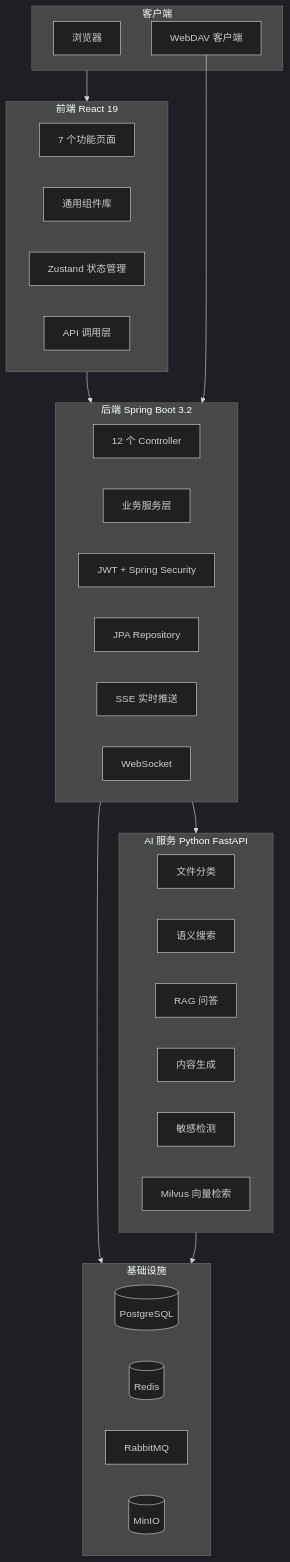
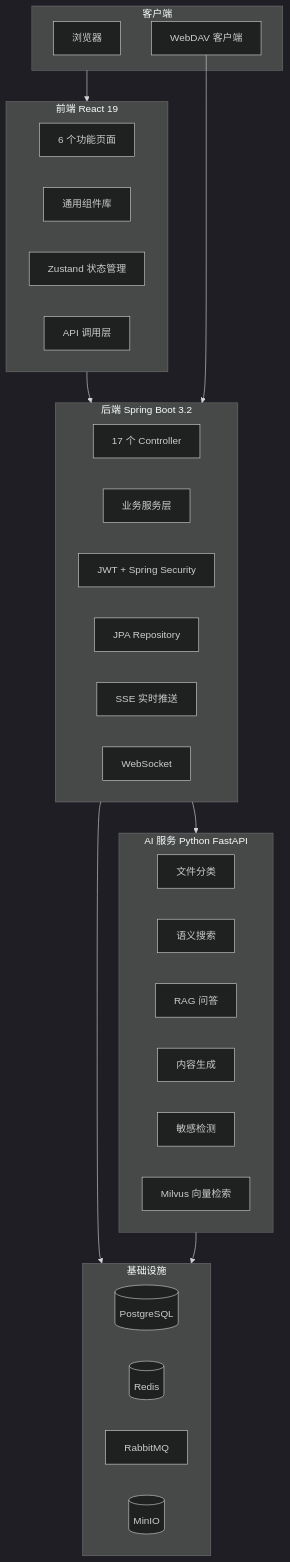
One commit to YL-snow/NebulaMind changed the diagram in README.md. Above: the diagram before and after it, drawn with Mermaid (dark theme). The commit also changed other lines of this file and 15 other files, not shown here.

````diff
--- a/README.md
+++ b/README.md
@@ -117,46 +117,46 @@
 ```mermaid
 flowchart TB
     subgraph Client["客户端"]
         Browser[浏览器]
         WebDAV[WebDAV 客户端]
     end
 
     subgraph Frontend["前端 React 19"]
-        Pages[7 个功能页面]
+        Pages[6 个功能页面]
         Components[通用组件库]
         Stores[Zustand 状态管理]
         API[API 调用层]
     end
 
     subgraph Backend["后端 Spring Boot 3.2"]
-        Controllers[12 个 Controller]
+        Controllers[17 个 Controller]
         Services[业务服务层]
         Security[JWT + Spring Security]
         Repositories[JPA Repository]
         SSE[SSE 实时推送]
         WS[WebSocket]
     end
 
     subgraph AI["AI 服务 Python FastAPI"]
         Classify[文件分类]
         Search[语义搜索]
         QA[RAG 问答]
         Generate[内容生成]
         Sensitive[敏感检测]
         VectorDB[Milvus 向量检索]
     end
 
     subgraph Infrastructure["基础设施"]
         PG[(PostgreSQL)]
         Redis[(Redis)]
         MQ[RabbitMQ]
         MinIO[(MinIO)]
     end
 
     Client --> Frontend
     Frontend --> Backend
     Backend --> AI
     Backend --> Infrastructure
     AI --> Infrastructure
     WebDAV --> Backend
 ```
````
